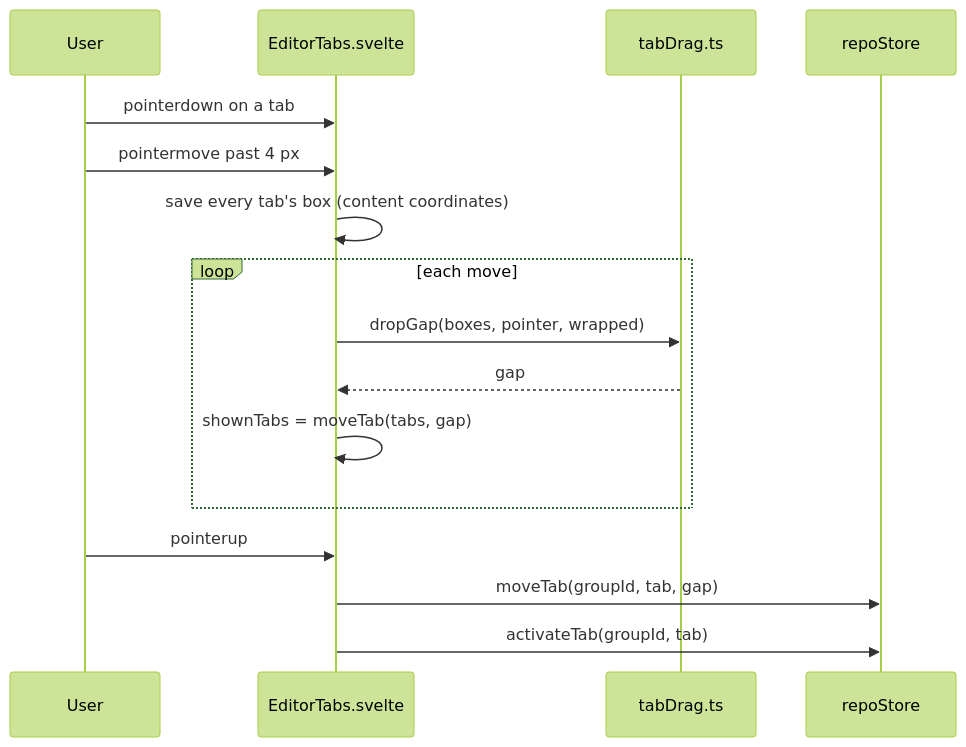
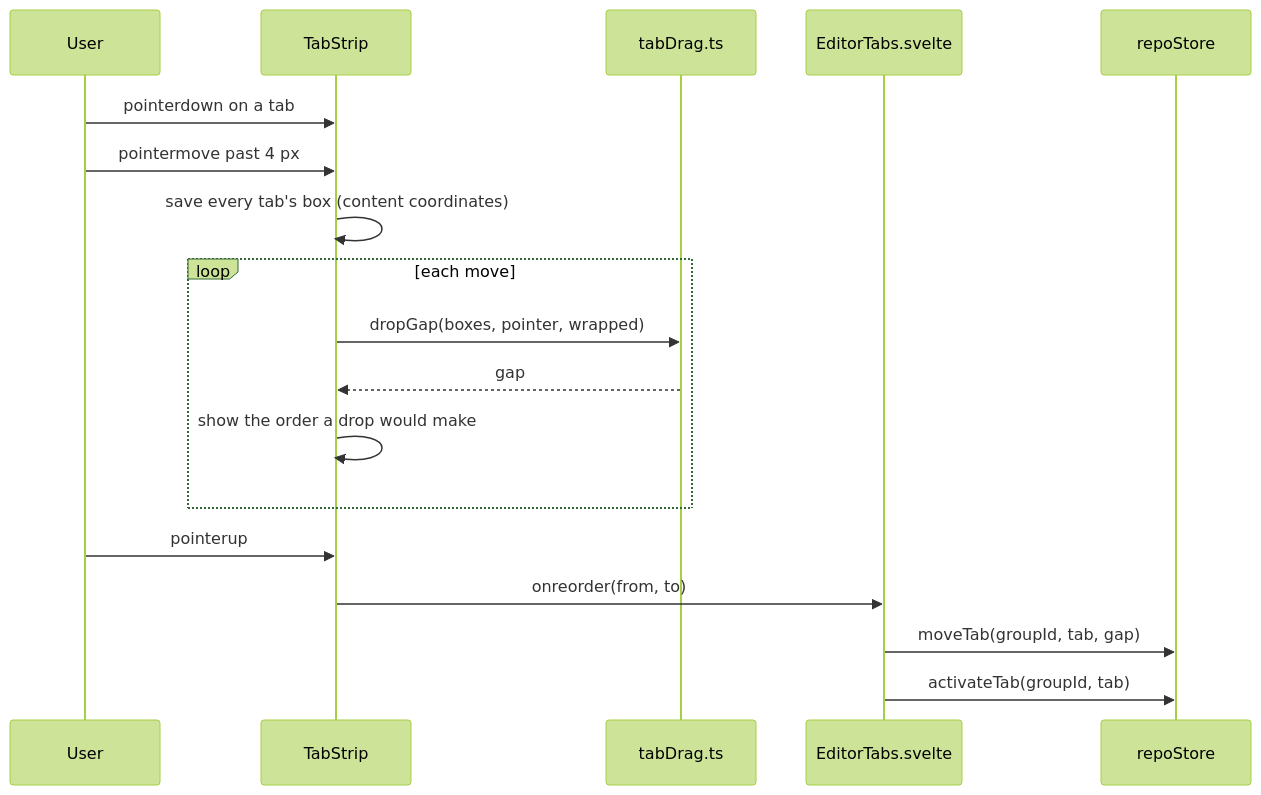
The second of 2 diagrams in docs/wiki/developer/How-Tabs-Are-Arranged.md (shibbirweb/git-manager), drawn with Mermaid (forest theme) before and after one commit. The commit also changed other lines of this file and 453 other files, not shown here.

````diff
--- a/docs/wiki/developer/How-Tabs-Are-Arranged.md
+++ b/docs/wiki/developer/How-Tabs-Are-Arranged.md
@@ -45,18 +45,20 @@
 ```mermaid
 sequenceDiagram
   participant U as User
-  participant S as EditorTabs.svelte
+  participant S as TabStrip
   participant D as tabDrag.ts
+  participant E as EditorTabs.svelte
   participant R as repoStore
   U->>S: pointerdown on a tab
   U->>S: pointermove past 4 px
   S->>S: save every tab's box (content coordinates)
   loop each move
     S->>D: dropGap(boxes, pointer, wrapped)
     D-->>S: gap
-    S->>S: shownTabs = moveTab(tabs, gap)
+    S->>S: show the order a drop would make
   end
   U->>S: pointerup
-  S->>R: moveTab(groupId, tab, gap)
-  S->>R: activateTab(groupId, tab)
+  S->>E: onreorder(from, to)
+  E->>R: moveTab(groupId, tab, gap)
+  E->>R: activateTab(groupId, tab)
 ```
````
